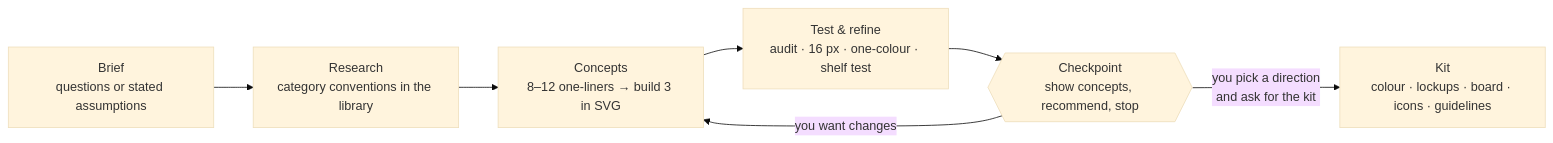
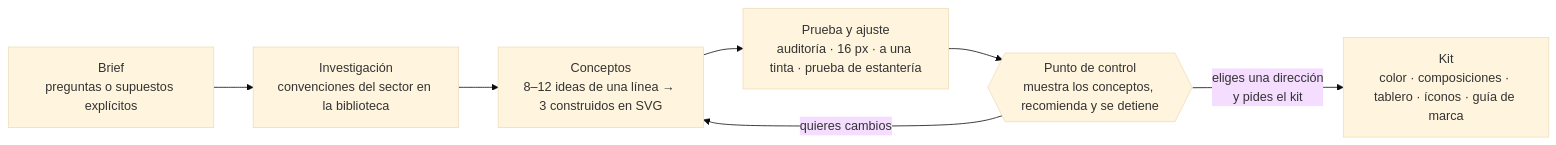
Before and after one commit to crisio/logo-design-skill: the diagram in README.md, drawn with Mermaid (base theme). The commit also changed other lines of this file and 1505 other files, not shown here.

````diff
--- a/README.md
+++ b/README.md
@@ -29,9 +35,9 @@
 ```mermaid
 flowchart LR
-    A[Brief<br/>questions or stated assumptions] --> B[Research<br/>category conventions in the library]
-    B --> C[Concepts<br/>8–12 one-liners → build 3 in SVG]
-    C --> D[Test & refine<br/>audit · 16 px · one-colour · shelf test]
-    D --> E{{Checkpoint<br/>show concepts, recommend, stop}}
-    E -- "you pick a direction<br/>and ask for the kit" --> F[Kit<br/>colour · lockups · board · icons · guidelines]
-    E -- "you want changes" --> C
+    A[Brief<br/>preguntas o supuestos explícitos] --> B[Investigación<br/>convenciones del sector en la biblioteca]
+    B --> C[Conceptos<br/>8–12 ideas de una línea → 3 construidos en SVG]
+    C --> D[Prueba y ajuste<br/>auditoría · 16 px · a una tinta · prueba de estantería]
+    D --> E{{Punto de control<br/>muestra los conceptos, recomienda y se detiene}}
+    E -- "eliges una dirección<br/>y pides el kit" --> F[Kit<br/>color · composiciones · tablero · íconos · guía de marca]
+    E -- "quieres cambios" --> C
 ```
````
